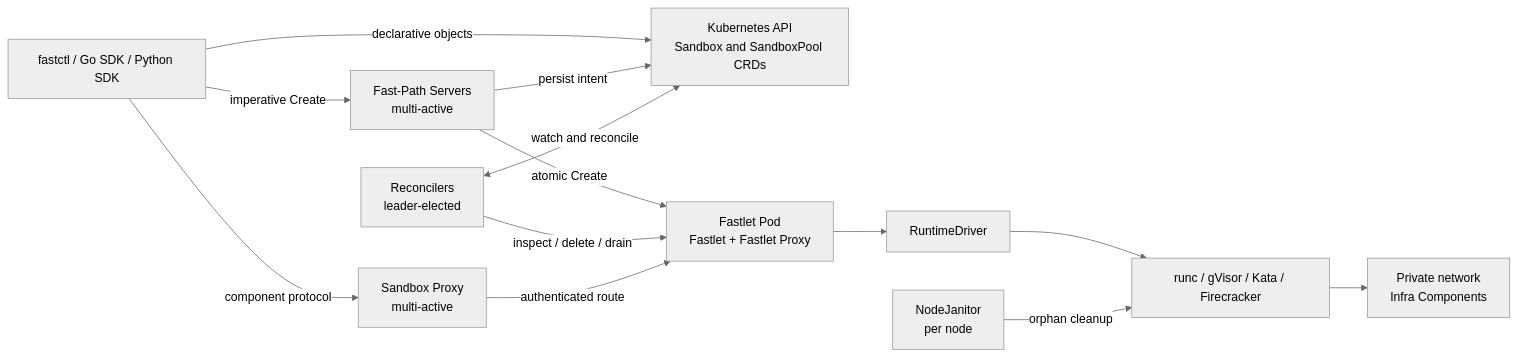
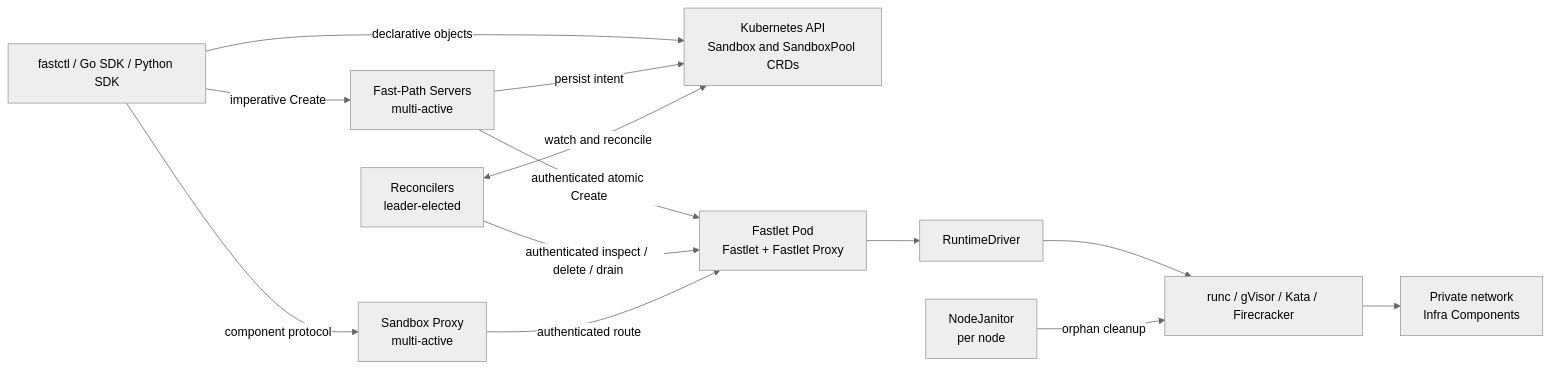
The first of 2 diagrams in docs/concepts/architecture.md (opensandbox-group/fast-sandbox), drawn with Mermaid (neutral theme) before and after one commit. The commit also changed 23 other files, not shown here.

````diff
--- a/docs/concepts/architecture.md
+++ b/docs/concepts/architecture.md
@@ -23,24 +23,24 @@
 ```mermaid
 flowchart LR
   Client["fastctl / Go SDK / Python SDK"]
   API["Kubernetes API<br/>Sandbox and SandboxPool CRDs"]
   FP["Fast-Path Servers<br/>multi-active"]
   RC["Reconcilers<br/>leader-elected"]
   SP["Sandbox Proxy<br/>multi-active"]
   FPOD["Fastlet Pod<br/>Fastlet + Fastlet Proxy"]
   Driver["RuntimeDriver"]
   Runtime["runc / gVisor / Kata / Firecracker"]
   Infra["Private network<br/>Infra Components"]
   Janitor["NodeJanitor<br/>per node"]
 
   Client -->|"imperative Create"| FP
   Client -->|"declarative objects"| API
   FP -->|"persist intent"| API
   RC <-->|"watch and reconcile"| API
-  FP -->|"atomic Create"| FPOD
-  RC -->|"inspect / delete / drain"| FPOD
+  FP -->|"authenticated atomic Create"| FPOD
+  RC -->|"authenticated inspect / delete / drain"| FPOD
   Client -->|"component protocol"| SP
   SP -->|"authenticated route"| FPOD
   FPOD --> Driver --> Runtime --> Infra
   Janitor -->|"orphan cleanup"| Runtime
 ```
````
